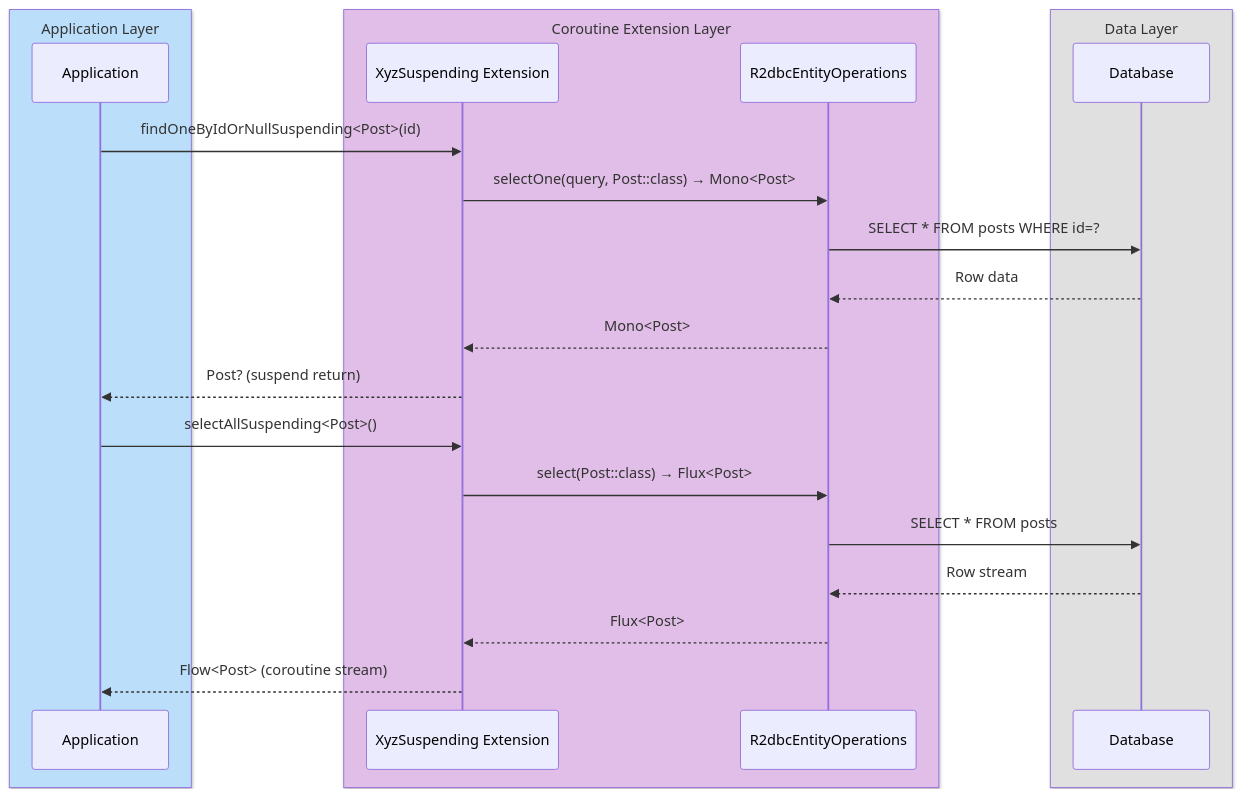
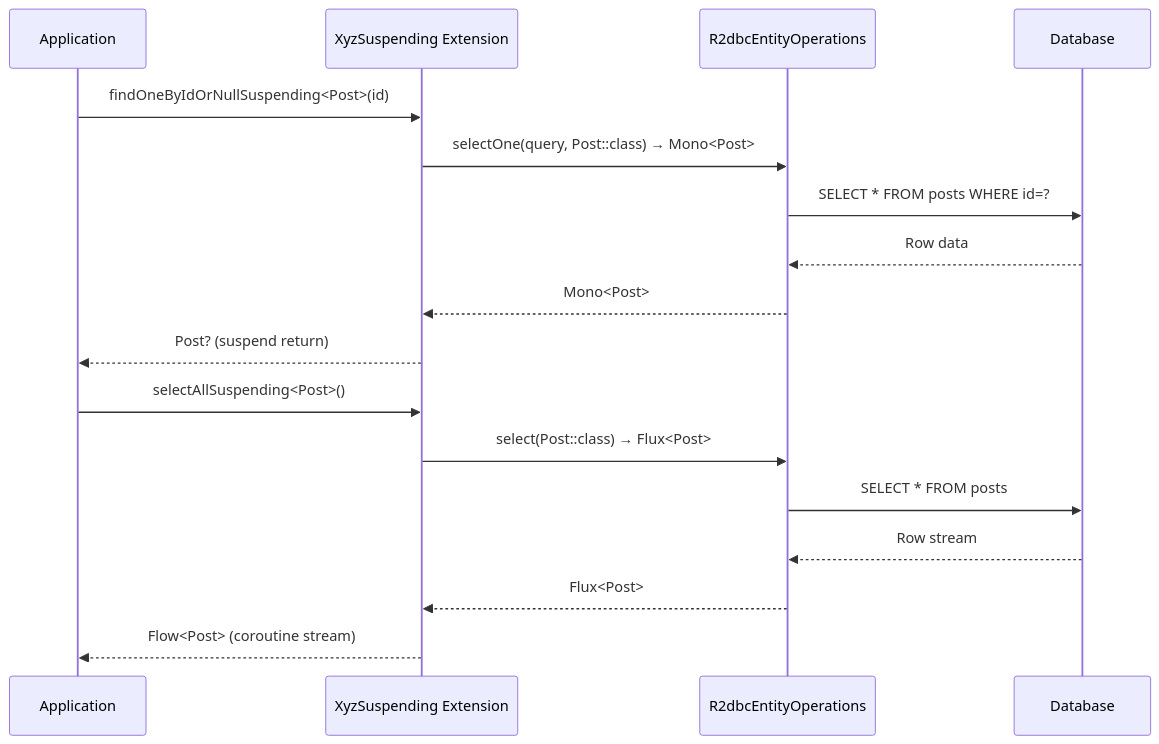
The fourth of 4 diagrams in spring-boot4/r2dbc/README.md (bluetape4k/bluetape4k-projects), drawn with Mermaid before and after one commit. The commit also changed other lines of this file and 219 other files, not shown here.

First line of the commit message:
docs: 전체 README Mermaid 다이어그램 가이드 적용

````diff
--- a/spring-boot4/r2dbc/README.md
+++ b/spring-boot4/r2dbc/README.md
@@ -219,27 +219,21 @@
 ```mermaid
 sequenceDiagram
-    box rgb(187,222,251) Application Layer
         participant App as Application
-    end
-    box rgb(225,190,231) Coroutine Extension Layer
         participant Ext as XyzSuspending Extension
         participant Ops as R2dbcEntityOperations
-    end
-    box rgb(224,224,224) Data Layer
         participant DB as Database
-    end
 
     App->>Ext: findOneByIdOrNullSuspending<Post>(id)
     Ext->>Ops: selectOne(query, Post::class) → Mono<Post>
     Ops->>DB: SELECT * FROM posts WHERE id=?
     DB-->>Ops: Row data
     Ops-->>Ext: Mono<Post>
     Ext-->>App: Post? (suspend return)
 
     App->>Ext: selectAllSuspending<Post>()
     Ext->>Ops: select(Post::class) → Flux<Post>
     Ops->>DB: SELECT * FROM posts
     DB-->>Ops: Row stream
     Ops-->>Ext: Flux<Post>
     Ext-->>App: Flow<Post> (coroutine stream)
 ```
````
